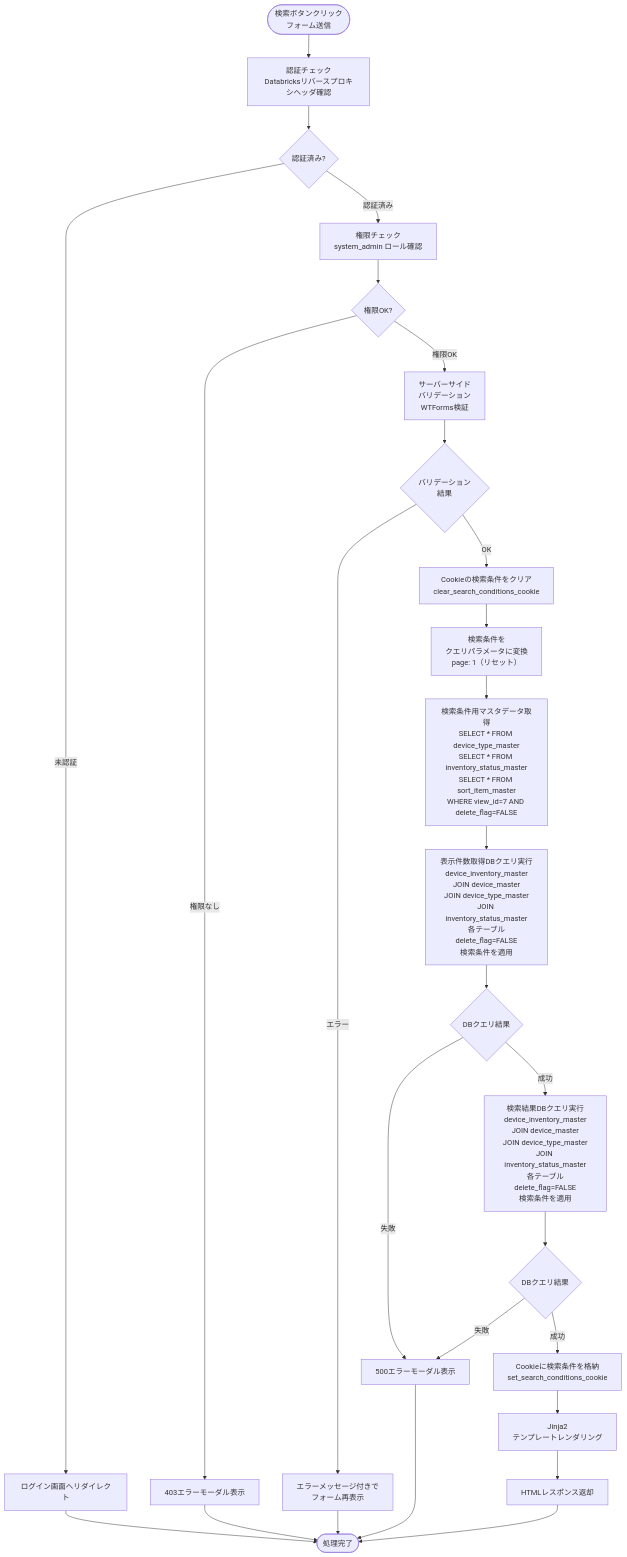
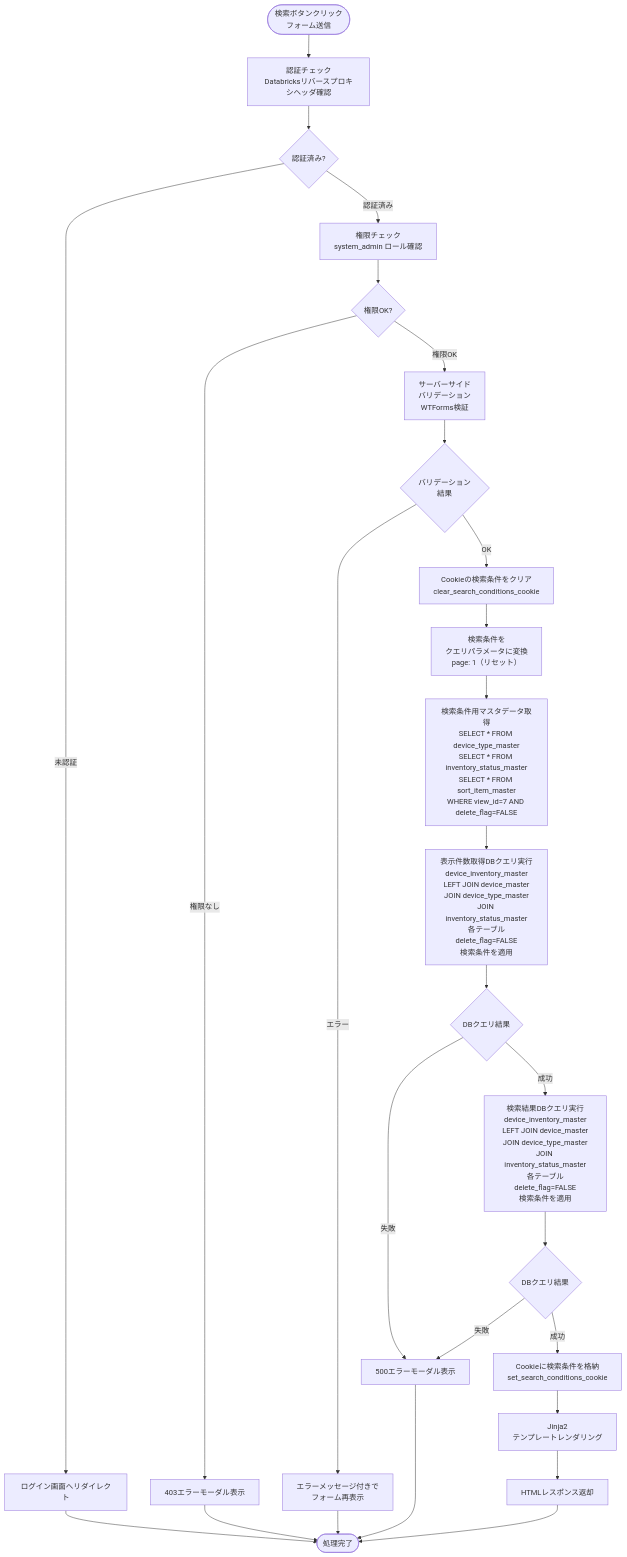
One commit to NSW-SVCP-AIWG002/Databricks-IoT changed the second of 9 diagrams in docs/03-features/flask-app/device-inventory/workflow-specification.md. Above: the diagram before and after it, drawn with Mermaid. The commit also changed other lines of this file and 4 other files, not shown here.

````diff
--- a/docs/03-features/flask-app/device-inventory/workflow-specification.md
+++ b/docs/03-features/flask-app/device-inventory/workflow-specification.md
@@ -355,37 +355,37 @@
 ```mermaid
 flowchart TD
     Start([検索ボタンクリック<br>フォーム送信]) --> Auth[認証チェック<br>Databricksリバースプロキシヘッダ確認]
     Auth --> CheckAuth{認証済み?}
     CheckAuth -->|未認証| Error401[ログイン画面へリダイレクト]
     Error401 --> End([処理完了])
 
     CheckAuth -->|認証済み| Permission[権限チェック<br>system_admin ロール確認]
     Permission --> CheckPerm{権限OK?}
     CheckPerm -->|権限なし| Error403[403エラーモーダル表示]
     Error403 --> End
 
     CheckPerm -->|権限OK| Validate[サーバーサイド<br>バリデーション<br>WTForms検証]
     Validate --> ValidCheck{バリデーション<br>結果}
 
     ValidCheck -->|エラー| ValidError[エラーメッセージ付きで<br>フォーム再表示]
     ValidError --> End
 
     ValidCheck -->|OK| ClearCookie[Cookieの検索条件をクリア<br>clear_search_conditions_cookie]
     ClearCookie --> Convert[検索条件を<br>クエリパラメータに変換<br>page: 1（リセット）]
     Convert --> LoadMaster[検索条件用マスタデータ取得<br>SELECT * FROM device_type_master<br>SELECT * FROM inventory_status_master<br>SELECT * FROM sort_item_master<br>WHERE view_id=7 AND delete_flag=FALSE]
-    LoadMaster --> Count[表示件数取得DBクエリ実行<br>device_inventory_master<br>JOIN device_master<br>JOIN device_type_master<br>JOIN inventory_status_master<br>各テーブルdelete_flag=FALSE<br>検索条件を適用]
+    LoadMaster --> Count[表示件数取得DBクエリ実行<br>device_inventory_master<br>LEFT JOIN device_master<br>JOIN device_type_master<br>JOIN inventory_status_master<br>各テーブルdelete_flag=FALSE<br>検索条件を適用]
     Count --> CheckDB{DBクエリ結果}
 
     CheckDB -->|失敗| Error500[500エラーモーダル表示]
     Error500 --> End
 
-    CheckDB -->|成功| Query[検索結果DBクエリ実行<br>device_inventory_master<br>JOIN device_master<br>JOIN device_type_master<br>JOIN inventory_status_master<br>各テーブルdelete_flag=FALSE<br>検索条件を適用]
+    CheckDB -->|成功| Query[検索結果DBクエリ実行<br>device_inventory_master<br>LEFT JOIN device_master<br>JOIN device_type_master<br>JOIN inventory_status_master<br>各テーブルdelete_flag=FALSE<br>検索条件を適用]
     Query --> CheckDB2{DBクエリ結果}
 
     CheckDB2 -->|失敗| Error500
 
     CheckDB2 -->|成功| PutParams[Cookieに検索条件を格納<br>set_search_conditions_cookie]
     PutParams --> Template[Jinja2<br>テンプレートレンダリング]
     Template --> Response[HTMLレスポンス返却]
     Response --> End
 ```
````
